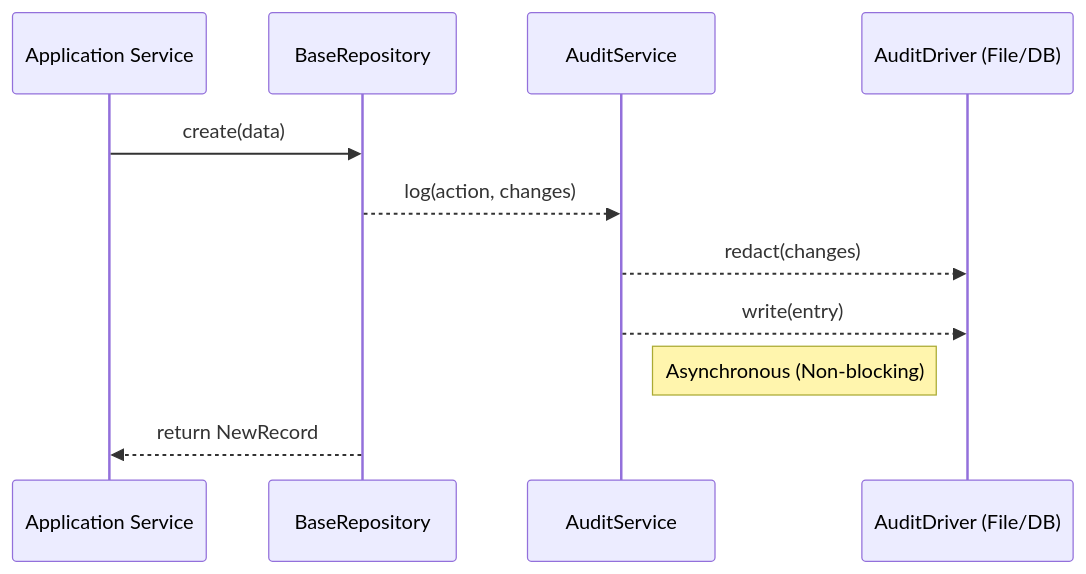
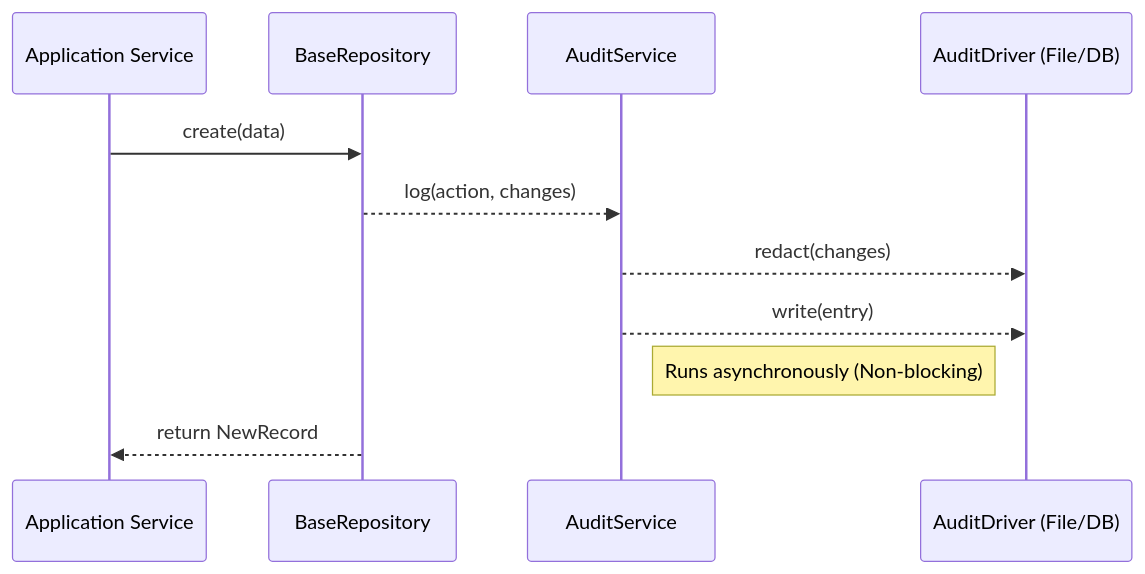
One commit to chelx/elite-nest changed the first of 2 diagrams in wiki-site/deep-dive-data/audit-logging.md. Above: the diagram before and after it, drawn with Mermaid. The commit also changed other lines of this file and 13 other files, not shown here.

````diff
--- a/wiki-site/deep-dive-data/audit-logging.md
+++ b/wiki-site/deep-dive-data/audit-logging.md
@@ -24,14 +24,14 @@
 ```mermaid
 sequenceDiagram
     participant App as Application Service
     participant Repo as BaseRepository
     participant Audit as AuditService
     participant Driver as AuditDriver (File/DB)
 
     App->>Repo: create(data)
     Repo-->>Audit: log(action, changes)
     Audit-->>Driver: redact(changes)
     Audit-->>Driver: write(entry)
-    Note right of Audit: Asynchronous (Non-blocking)
+    Note right of Audit: Runs asynchronously (Non-blocking)
     Repo-->>App: return NewRecord
 ```
````
